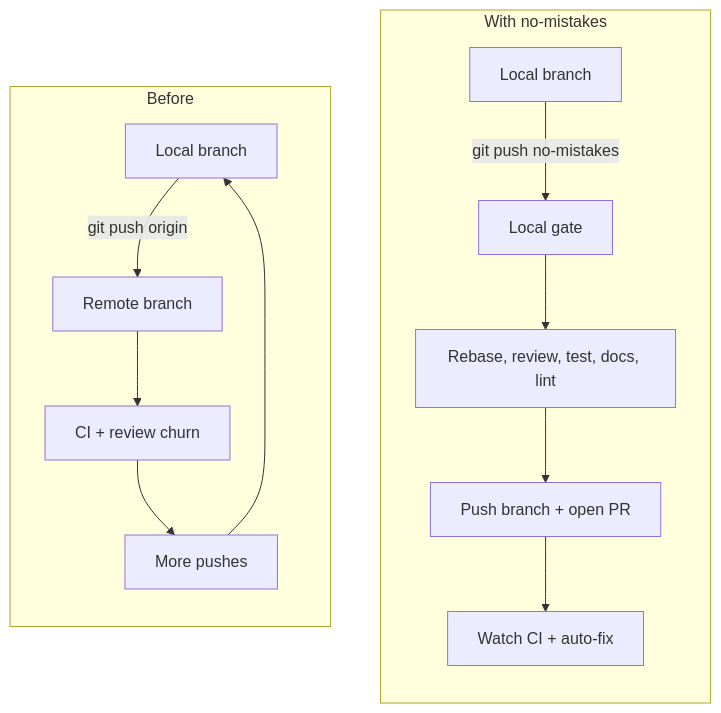
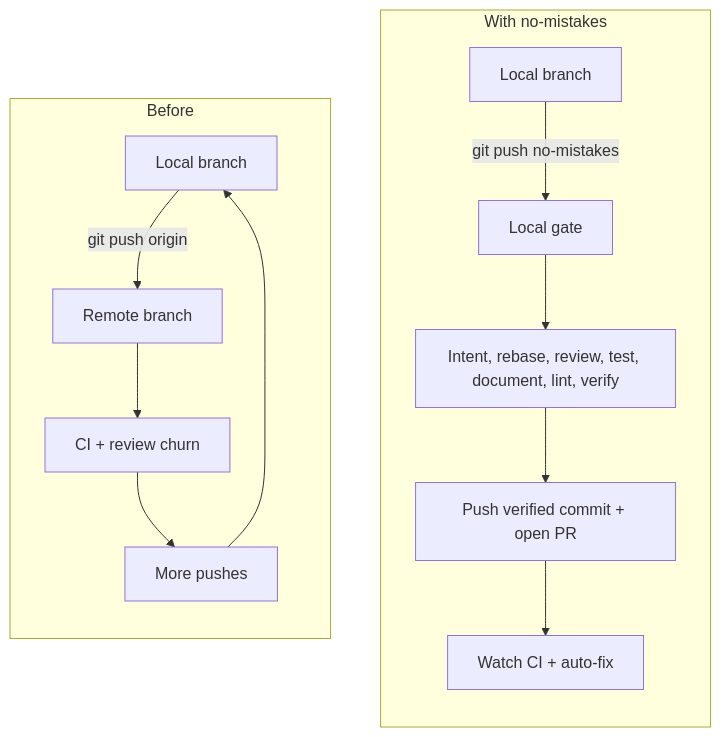
Before and after one commit to kunchenguid/no-mistakes: the diagram in docs/src/content/docs/index.mdx, drawn with Mermaid. The commit also changed other lines of this file and 28 other files, not shown here.

````diff
--- a/docs/src/content/docs/index.mdx
+++ b/docs/src/content/docs/index.mdx
@@ -27,20 +29,20 @@
 ```mermaid
 flowchart LR
   subgraph before[" Before "]
     direction TB
     A["Local branch"] -->|"git push origin"| B["Remote branch"]
     B --> C["CI + review churn"]
     C --> D["More pushes"]
     D --> A
   end
 
   subgraph after[" With no-mistakes "]
     direction TB
     E["Local branch"] -->|"git push no-mistakes"| F["Local gate"]
-    F --> G["Rebase, review, test, docs, lint"]
-    G --> H["Push branch + open PR"]
+    F --> G["Intent, rebase, review, test, document, lint, verify"]
+    G --> H["Push verified commit + open PR"]
     H --> I["Watch CI + auto-fix"]
   end
 
   before ~~~ after
 ```
````
